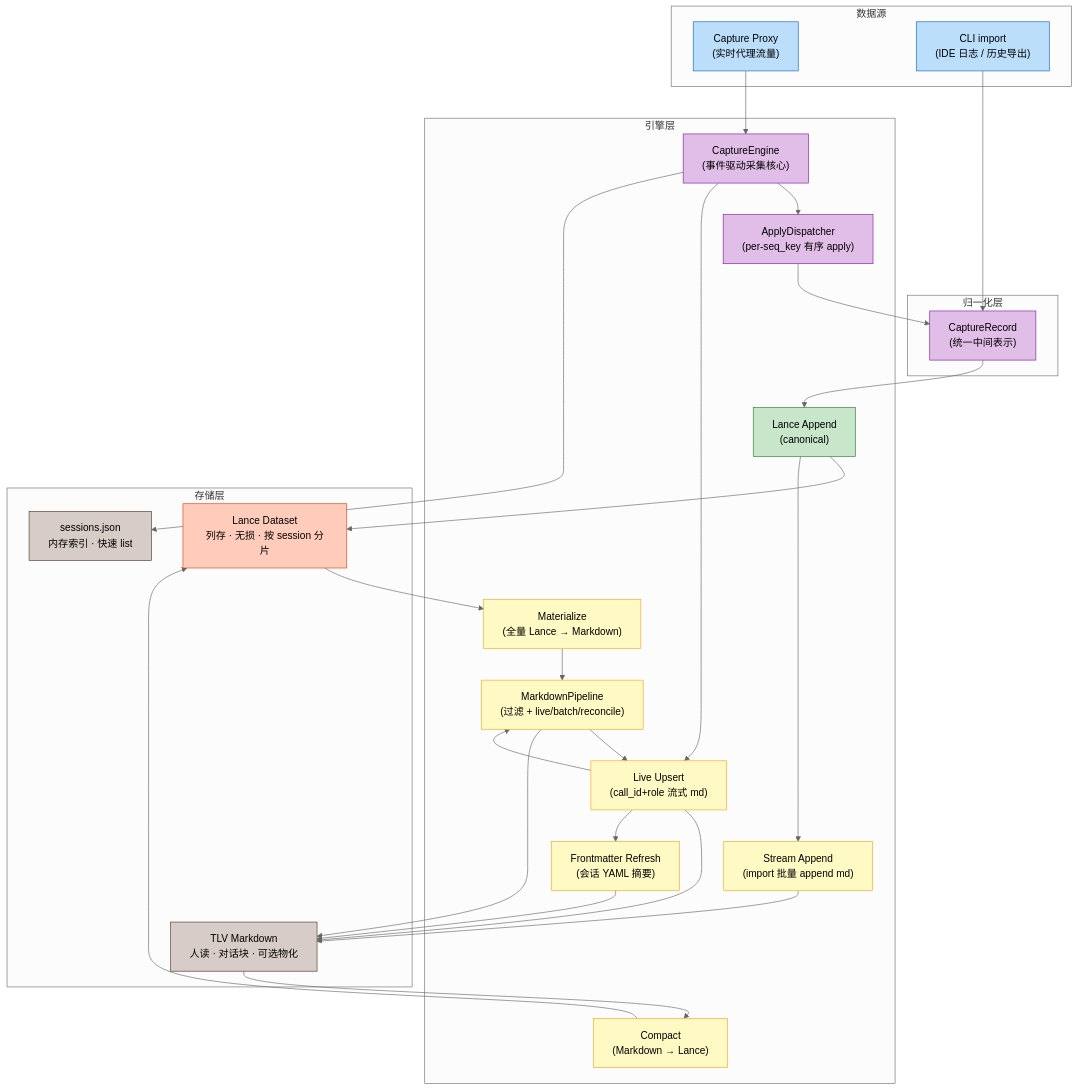
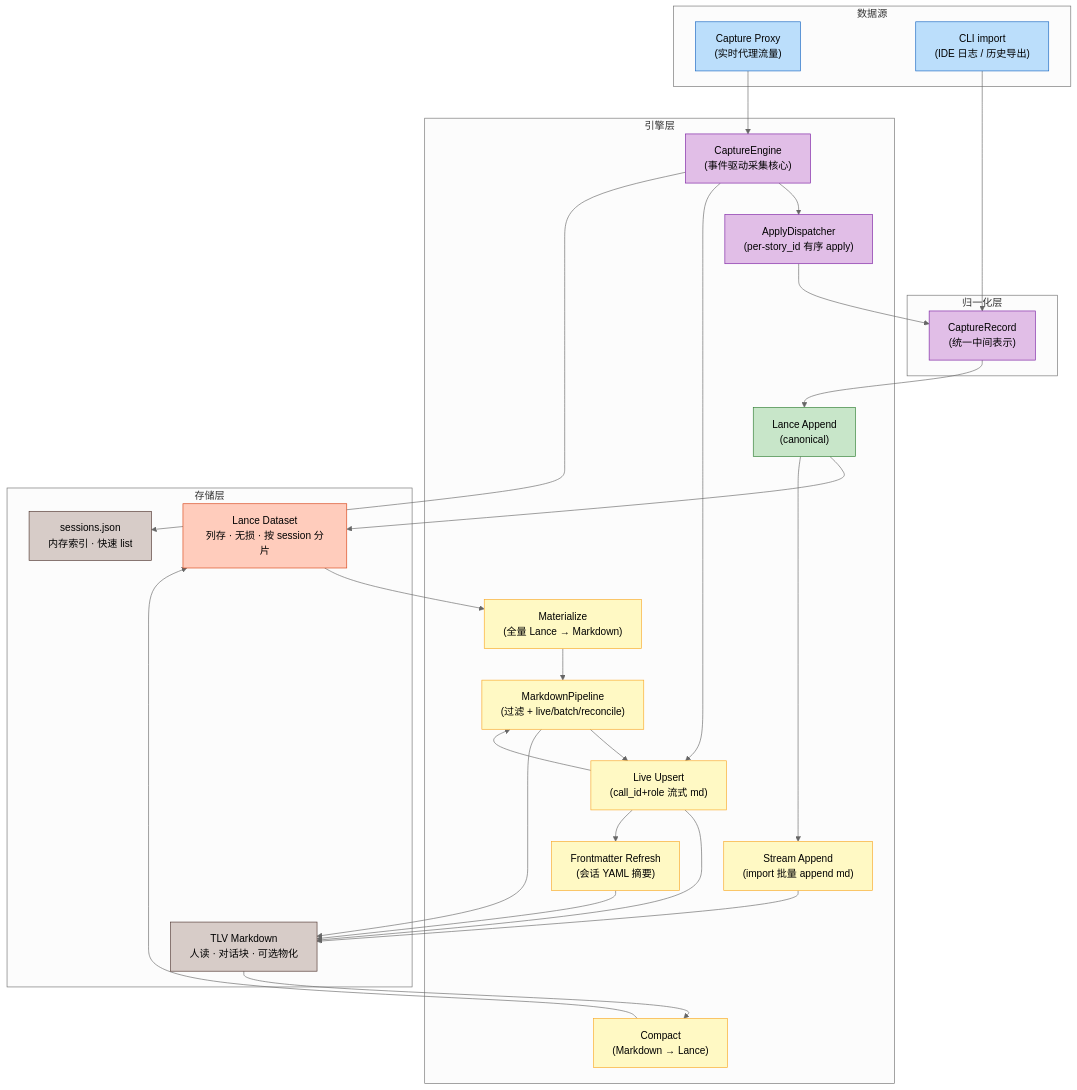
Before and after one commit to DeepLink-org/Persisting: the first of 5 diagrams in docs/src/design/trajectory_storage.zh.md, drawn with Mermaid (neutral theme). The commit also changed other lines of this file and 43 other files, not shown here.

````diff
--- a/docs/src/design/trajectory_storage.zh.md
+++ b/docs/src/design/trajectory_storage.zh.md
@@ -22,57 +24,57 @@
 ```mermaid
 graph TD
     subgraph "数据源"
         S1["Capture Proxy<br/>(实时代理流量)"]:::accent1
         S2["CLI import<br/>(IDE 日志 / 历史导出)"]:::accent1
     end
 
     subgraph "归一化层"
         N["CaptureRecord<br/>(统一中间表示)"]:::accent0
     end
 
     subgraph "引擎层"
         CE["CaptureEngine<br/>(事件驱动采集核心)"]:::accent0
-        AQ["ApplyDispatcher<br/>(per-seq_key 有序 apply)"]:::accent0
+        AQ["ApplyDispatcher<br/>(per-story_id 有序 apply)"]:::accent0
         MP["MarkdownPipeline<br/>(过滤 + live/batch/reconcile)"]:::accent3
         E1["Lance Append<br/>(canonical)"]:::accent2
         E2["Materialize<br/>(全量 Lance → Markdown)"]:::accent3
         E3["Live Upsert<br/>(call_id+role 流式 md)"]:::accent3
         E3b["Frontmatter Refresh<br/>(会话 YAML 摘要)"]:::accent3
         E4["Stream Append<br/>(import 批量 append md)"]:::accent3
         E5["Compact<br/>(Markdown → Lance)"]:::accent3
     end
 
     subgraph "存储层"
         L1["Lance Dataset<br/>列存 · 无损 · 按 session 分片"]:::accent4
         L2["TLV Markdown<br/>人读 · 对话块 · 可选物化"]:::accent5
         L3["sessions.json<br/>内存索引 · 快速 list"]:::accent5
     end
 
     S1 --> CE
     S2 --> N
     N --> E1
     CE --> AQ
     AQ --> N
     CE --> E3
     E3 --> MP
     MP --> E3
     E1 --> L1
     E3 --> L2
     E3 --> E3b
     E3b --> L2
     E1 --> E4
     E4 --> L2
     L1 --> E2
     E2 --> MP
     MP --> L2
     L2 --> E5
     E5 --> L1
     CE --> L3
 
     classDef accent0 fill:#e1bee7,stroke:#7b1fa2,color:#000
     classDef accent1 fill:#bbdefb,stroke:#1565c0,color:#000
     classDef accent2 fill:#c8e6c9,stroke:#2e7d32,color:#000
     classDef accent3 fill:#fff9c4,stroke:#f9a825,color:#000
     classDef accent4 fill:#ffccbc,stroke:#d84315,color:#000
     classDef accent5 fill:#d7ccc8,stroke:#4e342e,color:#000
 ```
````
